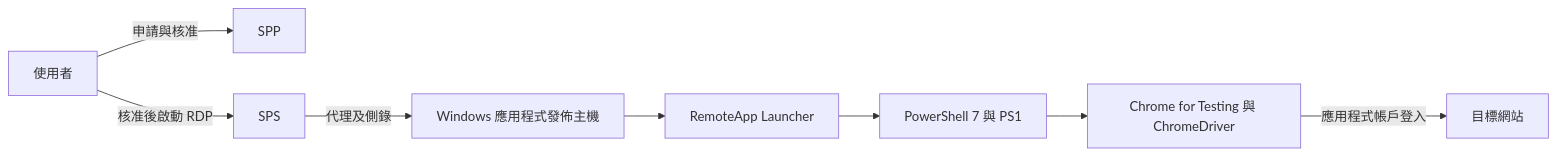
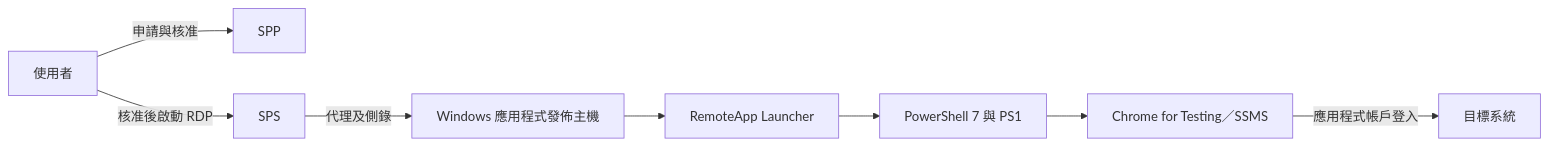
The diagram in docs/sop/remoteapp-integration.md (BrianHsing/One-Identity-Safeguard), drawn with Mermaid before and after one commit. The commit also changed other lines of this file and 4 other files, not shown here.

````diff
--- a/docs/sop/remoteapp-integration.md
+++ b/docs/sop/remoteapp-integration.md
@@ -33,10 +24,10 @@
 ```mermaid
 flowchart LR
     U[使用者] -->|申請與核准| P[SPP]
     U -->|核准後啟動 RDP| S[SPS]
     S -->|代理及側錄| R[Windows 應用程式發佈主機]
     R --> L[RemoteApp Launcher]
     L --> W[PowerShell 7 與 PS1]
-    W --> B[Chrome for Testing 與 ChromeDriver]
-    B -->|應用程式帳戶登入| A[目標網站]
+    W --> B[Chrome for Testing／SSMS]
+    B -->|應用程式帳戶登入| A[目標系統]
 ```
````
